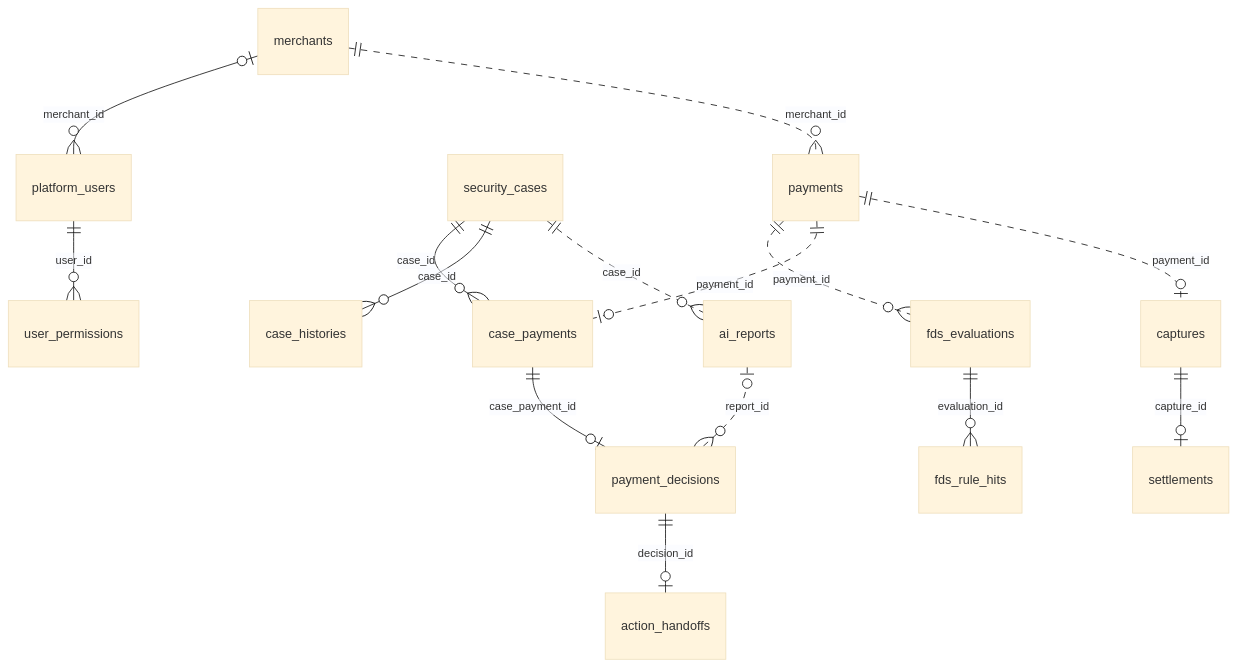
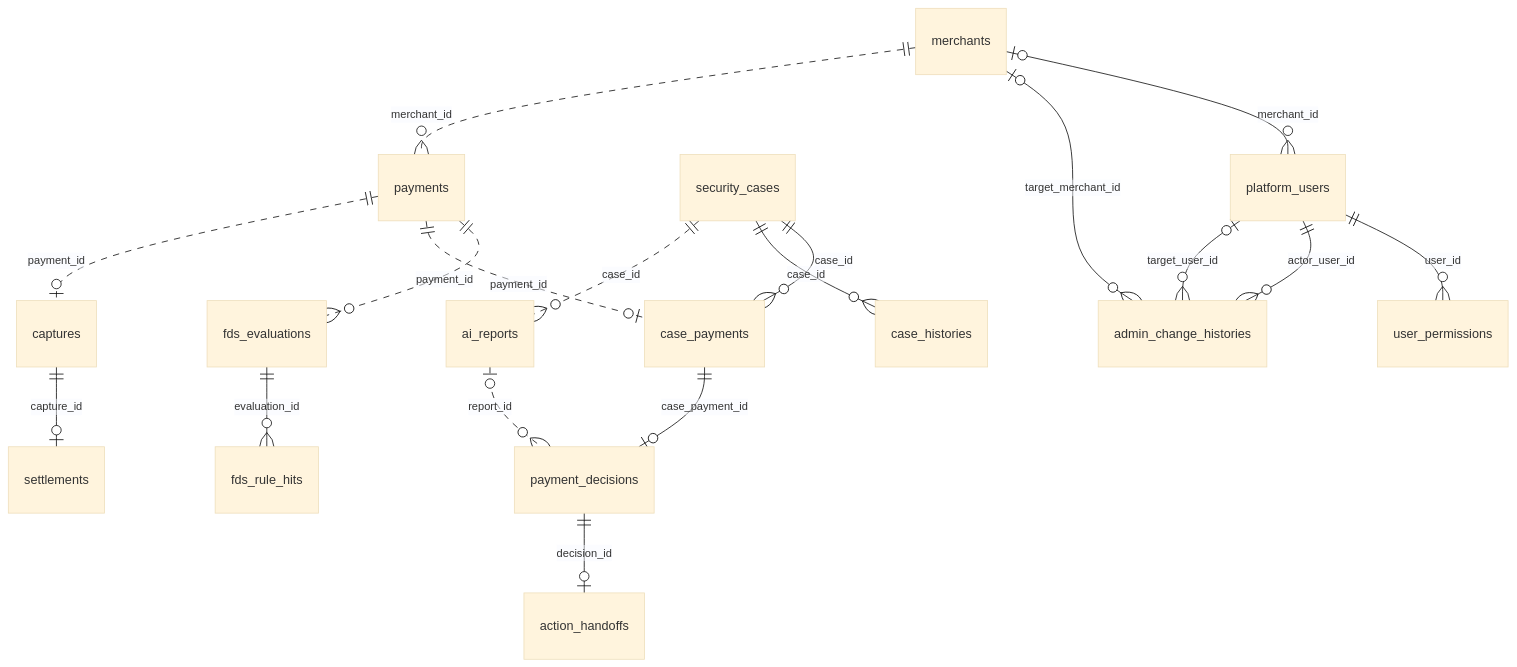
Before and after one commit to team-sweethan/DonWorry: the diagram in docs/erd/README.md, drawn with Mermaid (base theme). The commit also changed other lines of this file and 52 other files, not shown here.

````diff
--- a/docs/erd/README.md
+++ b/docs/erd/README.md
@@ -63,21 +64,24 @@
 ```mermaid
 erDiagram
     merchants |o--o{ platform_users : "merchant_id"
     platform_users ||--o{ user_permissions : "user_id"
+    platform_users ||--o{ admin_change_histories : "actor_user_id"
+    platform_users |o--o{ admin_change_histories : "target_user_id"
+    merchants |o--o{ admin_change_histories : "target_merchant_id"
 
     fds_evaluations ||--o{ fds_rule_hits : "evaluation_id"
 
     security_cases ||--o{ case_payments : "case_id"
     case_payments ||--o| payment_decisions : "case_payment_id"
     payment_decisions ||--o| action_handoffs : "decision_id"
     security_cases ||--o{ case_histories : "case_id"
 
     captures ||--o| settlements : "capture_id"
 
     merchants ||..o{ payments : "merchant_id"
     payments ||..o{ fds_evaluations : "payment_id"
     payments ||..o| case_payments : "payment_id"
     security_cases ||..o{ ai_reports : "case_id"
     ai_reports |o..o{ payment_decisions : "report_id"
     payments ||..o| captures : "payment_id"
 ```
````
